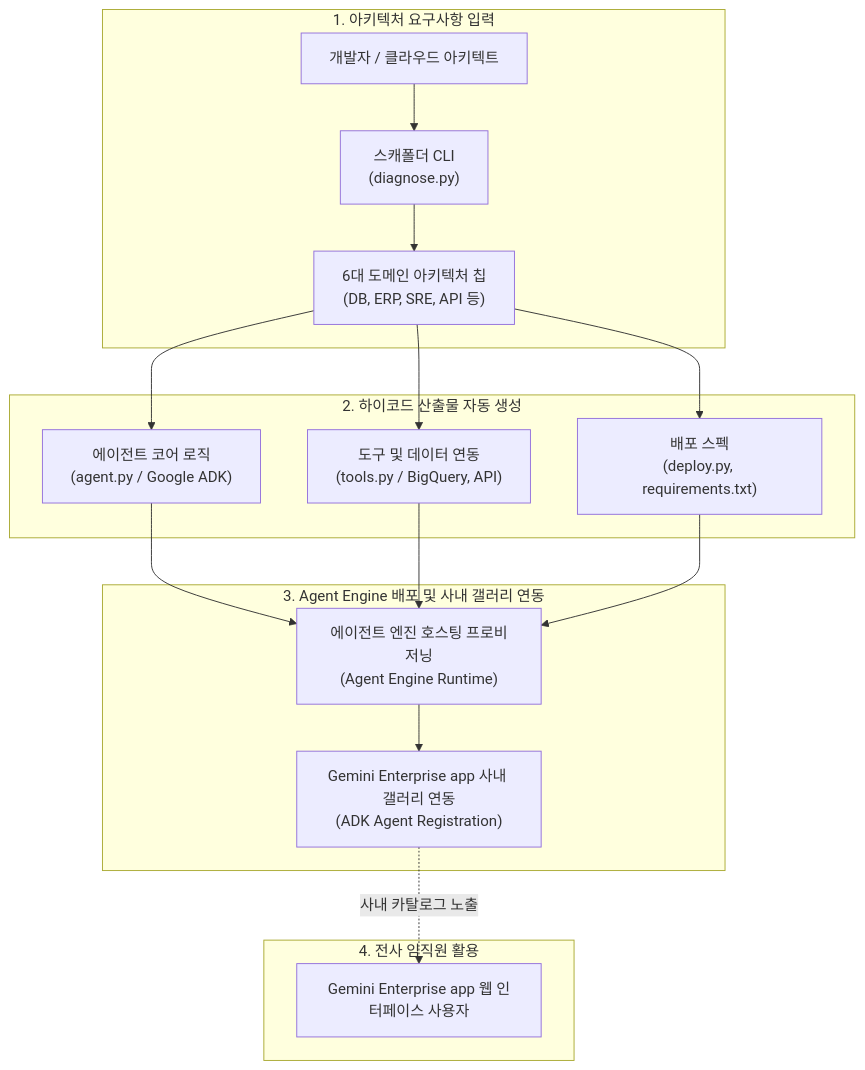
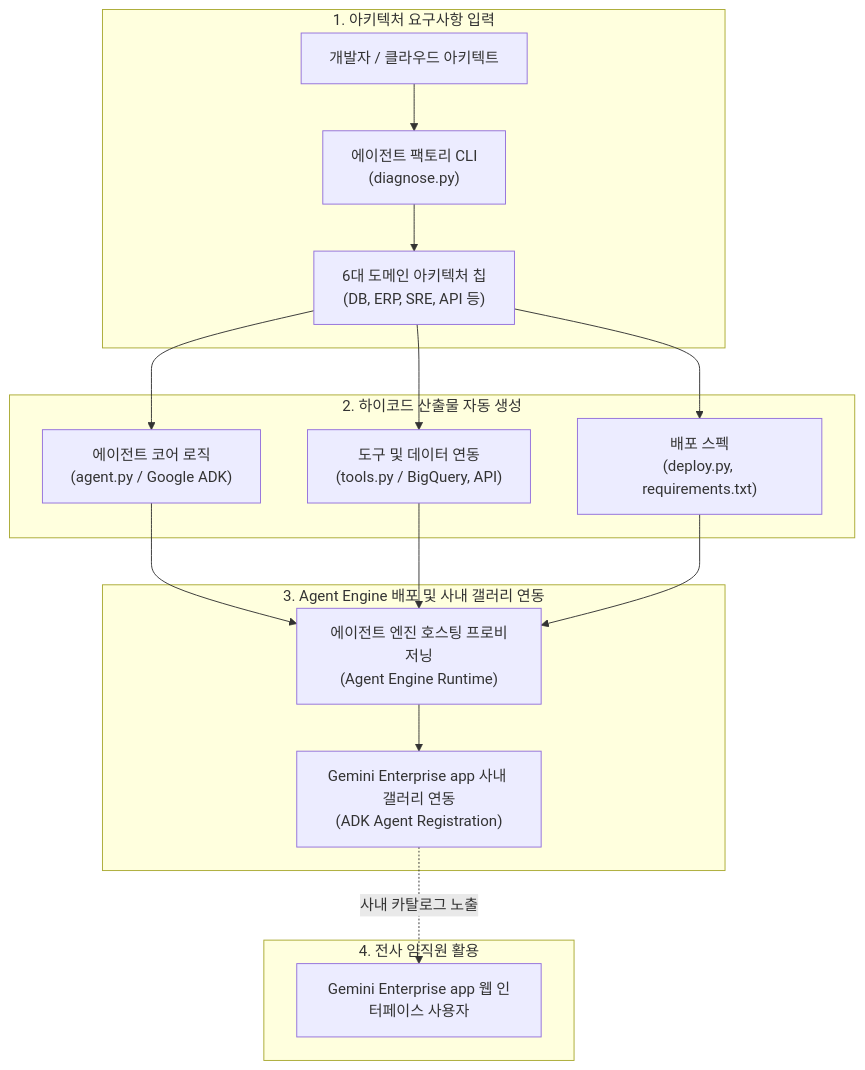
One commit to jiangjun-forge/google-cloud-0-to-1 changed the diagram in samples/gemini-enterprise-copilot-custom/docs/TDD.md. Above: the diagram before and after it, drawn with Mermaid. The commit also changed other lines of this file and 12 other files, not shown here.

Commit message:
Refine solution architecture

````diff
--- a/samples/gemini-enterprise-copilot-custom/docs/TDD.md
+++ b/samples/gemini-enterprise-copilot-custom/docs/TDD.md
@@ -23,33 +23,33 @@
 ```mermaid
 flowchart TD
     subgraph InputPhase ["1. 아키텍처 요구사항 입력"]
         Dev["개발자 / 클라우드 아키텍트"]
-        CLI["스캐폴더 CLI<br/>(diagnose.py)"]
+        CLI["에이전트 팩토리 CLI<br/>(diagnose.py)"]
         PresetEngine["6대 도메인 아키텍처 칩<br/>(DB, ERP, SRE, API 등)"]
         Dev --> CLI
         CLI --> PresetEngine
     end
 
-    subgraph ScaffoldingPhase ["2. 하이코드 산출물 자동 생성"]
+    subgraph CodegenPhase ["2. 하이코드 산출물 자동 생성"]
         AgentCode["에이전트 코어 로직<br/>(agent.py / Google ADK)"]
         ToolsCode["도구 및 데이터 연동<br/>(tools.py / BigQuery, API)"]
         DeploySpec["배포 스펙<br/>(deploy.py, requirements.txt)"]
         PresetEngine --> AgentCode
         PresetEngine --> ToolsCode
         PresetEngine --> DeploySpec
     end
 
     subgraph DeploymentPhase ["3. Agent Engine 배포 및 사내 갤러리 연동"]
         AgentEngine["에이전트 엔진 호스팅 프로비저닝<br/>(Agent Engine Runtime)"]
         GEAppBinding["Gemini Enterprise app 사내 갤러리 연동<br/>(ADK Agent Registration)"]
         AgentCode --> AgentEngine
         ToolsCode --> AgentEngine
         DeploySpec --> AgentEngine
         AgentEngine --> GEAppBinding
     end
 
     subgraph EndUser ["4. 전사 임직원 활용"]
         User["Gemini Enterprise app 웹 인터페이스 사용자"]
         GEAppBinding -.->|"사내 카탈로그 노출"| User
     end
 ```
````
